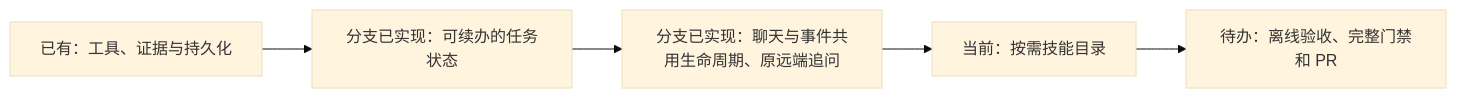
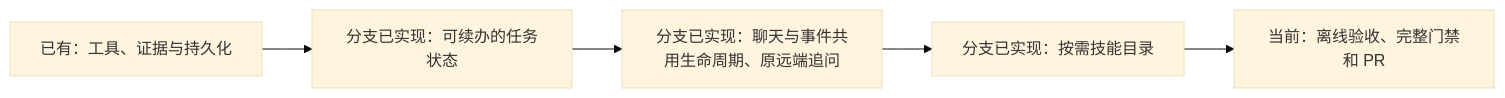
Before and after one commit to Sugarfarmeriod/TunnelMinion: the diagram in docs/project/stages/2026-10-20-agent-task-harness.md, drawn with Mermaid (base theme). The commit also changed other lines of this file and 11 other files, not shown here.

````diff
--- a/docs/project/stages/2026-10-20-agent-task-harness.md
+++ b/docs/project/stages/2026-10-20-agent-task-harness.md
@@ -41,7 +42,7 @@
 ```mermaid
 flowchart LR
     A["已有：工具、证据与持久化"] --> B["分支已实现：可续办的任务状态"]
     B --> C["分支已实现：聊天与事件共用生命周期、原远端追问"]
-    C --> D["当前：按需技能目录"]
-    D --> E["待办：离线验收、完整门禁和 PR"]
+    C --> D["分支已实现：按需技能目录"]
+    D --> E["当前：离线验收、完整门禁和 PR"]
 ```
````
